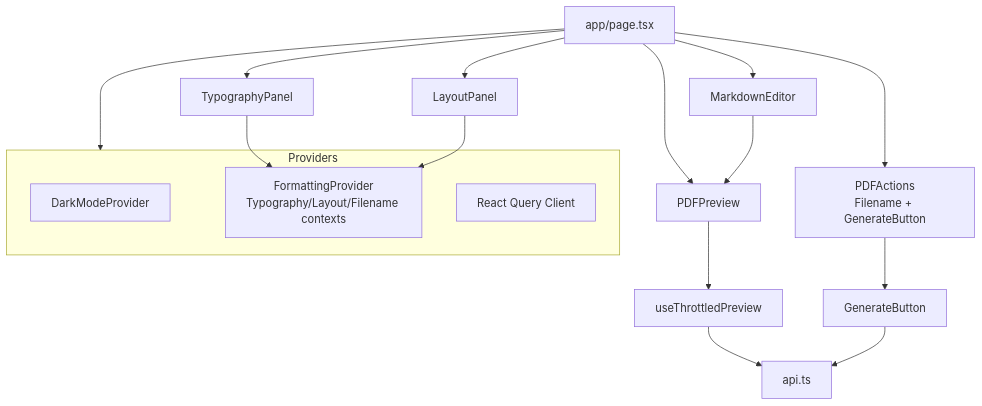
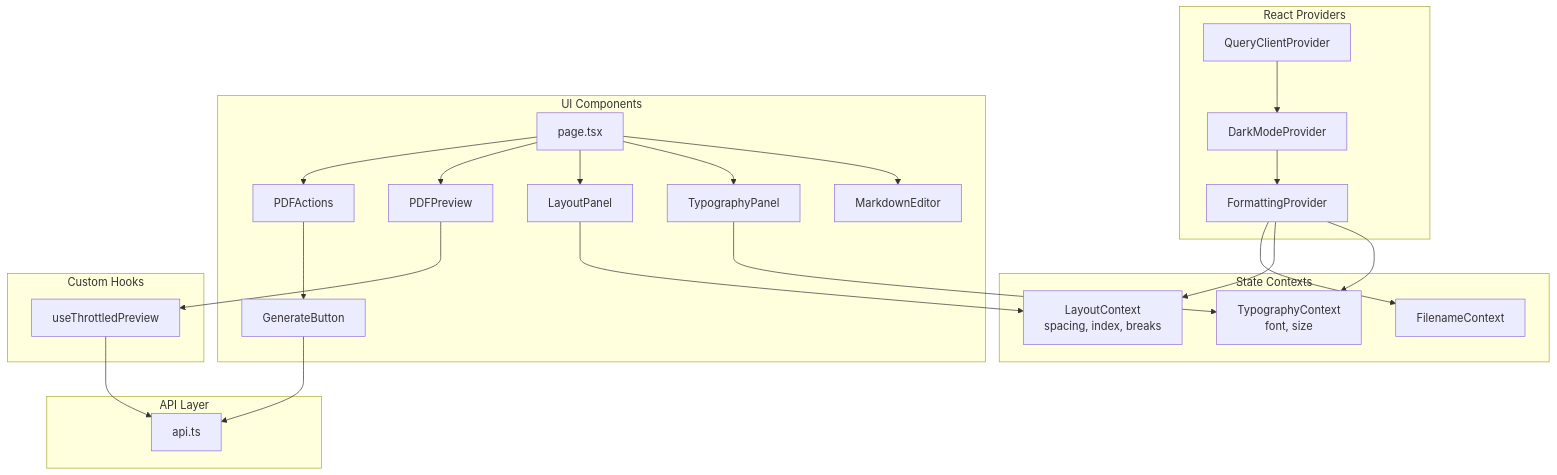
The second of 6 diagrams in docs/architecture.md (astral-matrix/markdown-to-pdf), drawn with Mermaid before and after one commit. The commit also changed other lines of this file and 23 other files, not shown here.

First line of the commit message:
Architecture and Spec Regenerated

````diff
--- a/docs/architecture.md
+++ b/docs/architecture.md
@@ -73,23 +43,44 @@
 ```mermaid
 flowchart TB
-  App["app/page.tsx"] --> Providers
-  App --> Typography[TypographyPanel]
-  App --> Layout[LayoutPanel]
-  App --> Editor[MarkdownEditor]
-  App --> Preview[PDFPreview]
-  App --> Actions["PDFActions<br/>Filename + GenerateButton"]
+    subgraph Providers[React Providers]
+        QC[QueryClientProvider]
+        DM[DarkModeProvider]
+        FP[FormattingProvider]
+    end
 
-  subgraph Providers
-    DarkMode[DarkModeProvider]
-    Formatting["FormattingProvider<br/>Typography/Layout/Filename contexts"]
-    Query[React Query Client]
-  end
+    subgraph Contexts[State Contexts]
+        TC[TypographyContext<br/>font, size]
+        LC[LayoutContext<br/>spacing, index, breaks]
+        FC[FilenameContext]
+    end
 
-  Actions --> GenerateBtn[GenerateButton]
-  Preview --> ThrottleHook[useThrottledPreview]
-  ThrottleHook --> APIClient["api.ts"]
-  GenerateBtn --> APIClient
-  Typography --> Formatting
-  Layout --> Formatting
-  Editor --> Preview
+    subgraph Components[UI Components]
+        Page[page.tsx]
+        Editor[MarkdownEditor]
+        TP[TypographyPanel]
+        LP[LayoutPanel]
+        Preview[PDFPreview]
+        Actions[PDFActions]
+        GenBtn[GenerateButton]
+    end
+
+    subgraph Hooks[Custom Hooks]
+        Throttle[useThrottledPreview]
+    end
+
+    subgraph API[API Layer]
+        ApiLib[api.ts]
+    end
+
+    QC --> DM --> FP
+    FP --> TC & LC & FC
+
+    Page --> Editor & TP & LP & Preview & Actions
+    Actions --> GenBtn
+
+    TP --> TC
+    LP --> LC
+    Preview --> Throttle
+    Throttle --> ApiLib
+    GenBtn --> ApiLib
 ```
````
